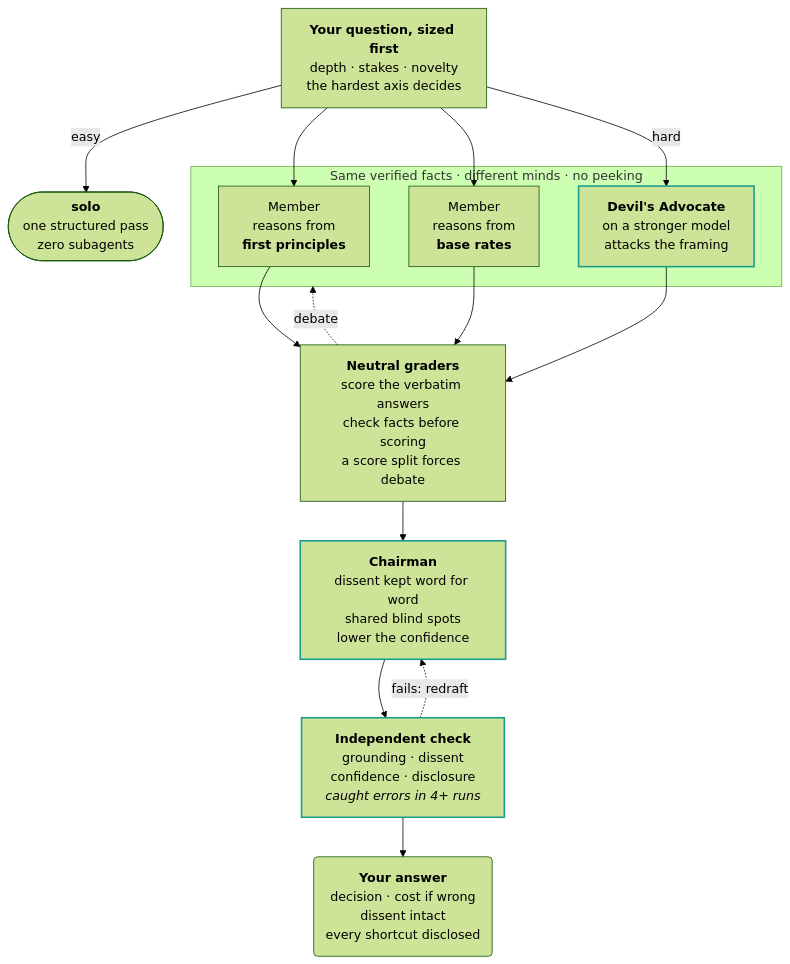
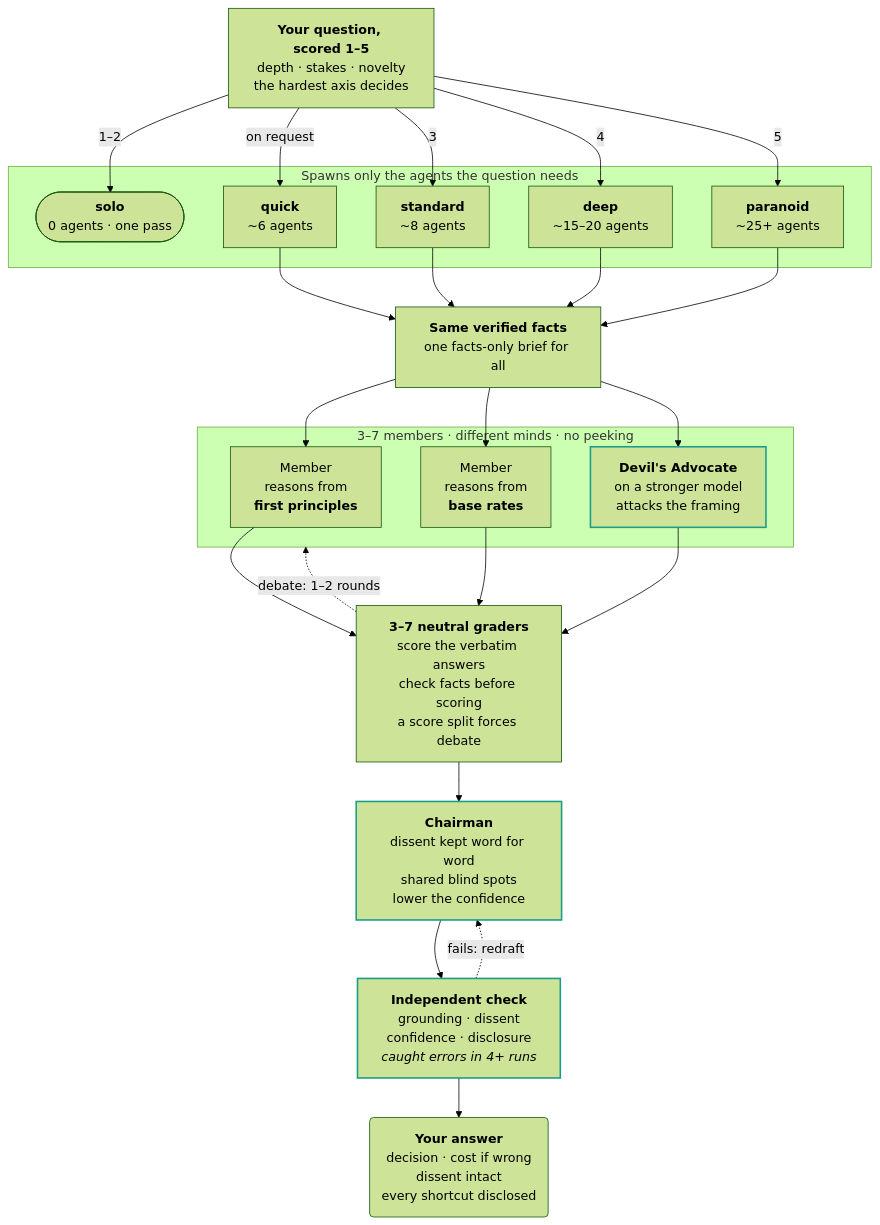
Before and after one commit to Ali-expandings/wise-men: the diagram in README.md, drawn with Mermaid (forest theme). The commit also changed other lines of this file, not shown here.

Commit message:
README: diagram shows agents spawned per tier (solo 0 to paranoid ~25+)

````diff
--- a/README.md
+++ b/README.md
@@ -152,22 +152,32 @@
 ```mermaid
 flowchart TB
-    Q["<b>Your question, sized first</b><br/>depth · stakes · novelty<br/>the hardest axis decides"]
-    Q -->|"easy"| S(["<b>solo</b><br/>one structured pass<br/>zero subagents"])
-    Q --> M1
-    Q --> M2
-    Q -->|"hard"| M3
-    subgraph council["Same verified facts · different minds · no peeking"]
+    Q["<b>Your question, scored 1–5</b><br/>depth · stakes · novelty<br/>the hardest axis decides"]
+    Q -->|"1–2"| T0
+    Q -->|"on request"| T1
+    Q -->|"3"| T2
+    Q -->|"4"| T3
+    Q -->|"5"| T4
+    subgraph tiers["Spawns only the agents the question needs"]
+        T0(["<b>solo</b><br/>0 agents · one pass"])
+        T1["<b>quick</b><br/>~6 agents"]
+        T2["<b>standard</b><br/>~8 agents"]
+        T3["<b>deep</b><br/>~15–20 agents"]
+        T4["<b>paranoid</b><br/>~25+ agents"]
+    end
+    T1 & T2 & T3 & T4 --> B["<b>Same verified facts</b><br/>one facts-only brief for all"]
+    B --> M1 & M2 & M3
+    subgraph council["3–7 members · different minds · no peeking"]
         M1["Member<br/>reasons from<br/><b>first principles</b>"]
         M2["Member<br/>reasons from<br/><b>base rates</b>"]
         M3["<b>Devil's Advocate</b><br/>on a stronger model<br/>attacks the framing"]
     end
-    M1 & M2 & M3 --> G["<b>Neutral graders</b><br/>score the verbatim answers<br/>check facts before scoring<br/>a score split forces debate"]
-    G -.->|"debate"| council
+    M1 & M2 & M3 --> G["<b>3–7 neutral graders</b><br/>score the verbatim answers<br/>check facts before scoring<br/>a score split forces debate"]
+    G -.->|"debate: 1–2 rounds"| council
     G --> C["<b>Chairman</b><br/>dissent kept word for word<br/>shared blind spots<br/>lower the confidence"]
     C --> K["<b>Independent check</b><br/>grounding · dissent<br/>confidence · disclosure<br/><i>caught errors in 4+ runs</i>"]
     K -.->|"fails: redraft"| C
     K --> A("<b>Your answer</b><br/>decision · cost if wrong<br/>dissent intact<br/>every shortcut disclosed")
 
     classDef key stroke:#1a9e8a,stroke-width:2px
     class M3,C,K key
 ```
````
